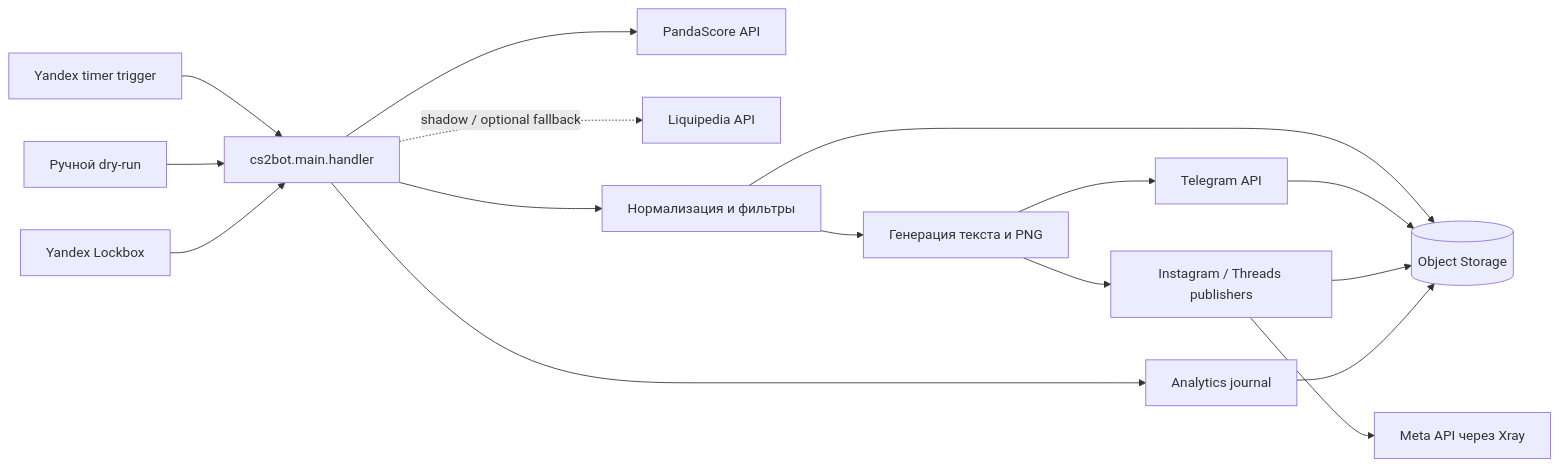
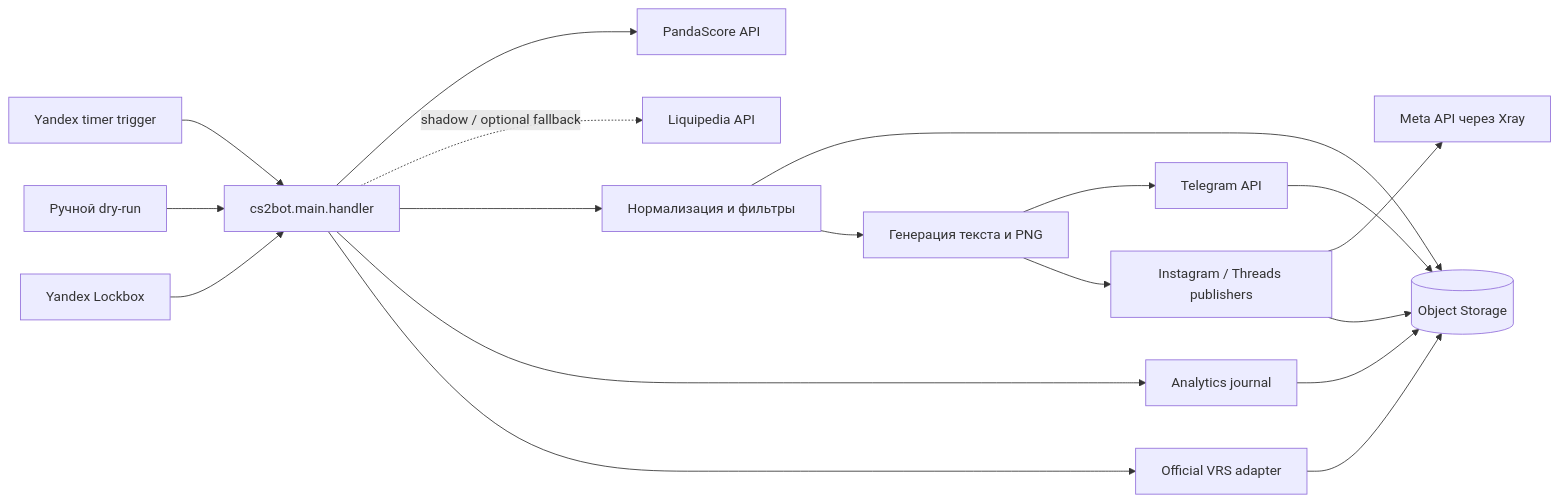
The diagram in docs/architecture.md (vovakorn/CS2Results), drawn with Mermaid before and after one commit. The commit also changed other lines of this file and 39 other files, not shown here.

````diff
--- a/docs/architecture.md
+++ b/docs/architecture.md
@@ -9,18 +9,20 @@
 ```mermaid
 flowchart LR
     T[Yandex timer trigger] --> H[cs2bot.main.handler]
     M[Ручной dry-run] --> H
     H --> P[PandaScore API]
     H -. shadow / optional fallback .-> L[Liquipedia API]
     H --> F[Нормализация и фильтры]
     F --> S[(Object Storage)]
     F --> C[Генерация текста и PNG]
     C --> G[Telegram API]
     C --> SP[Instagram / Threads publishers]
     SP --> Q[Meta API через Xray]
     G --> S
     SP --> S
     H --> A[Analytics journal]
     A --> S
     X[Yandex Lockbox] --> H
+    H --> V[Official VRS adapter]
+    V --> S
 ```
````
